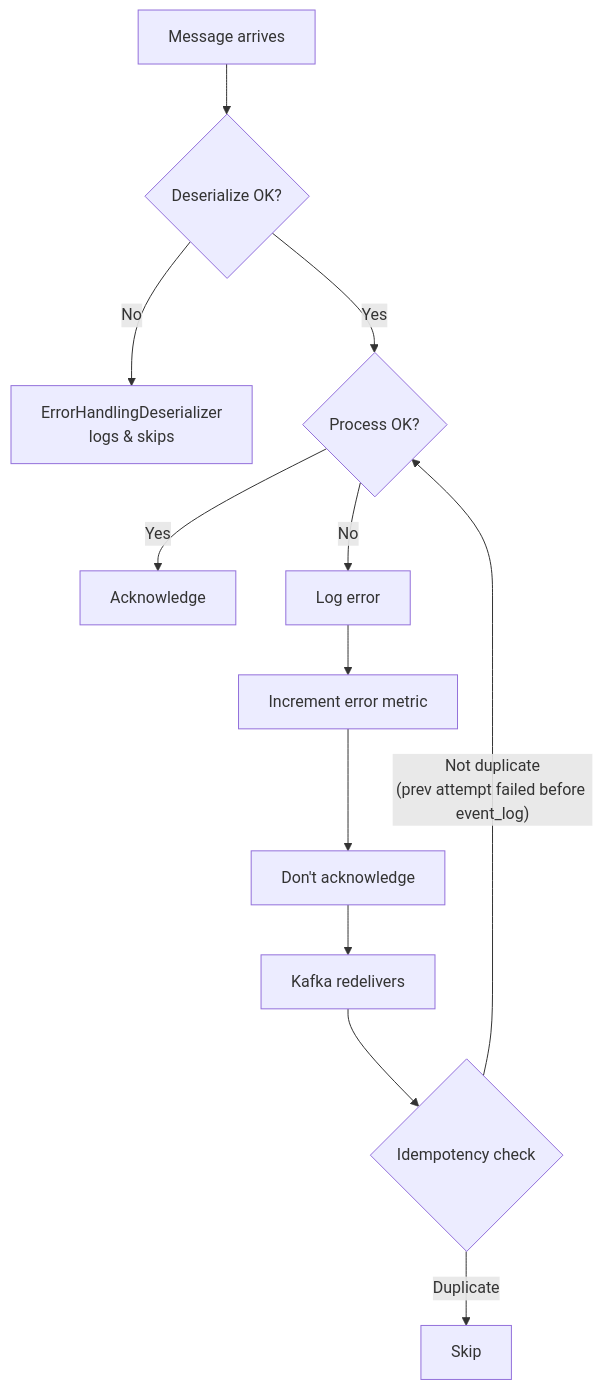
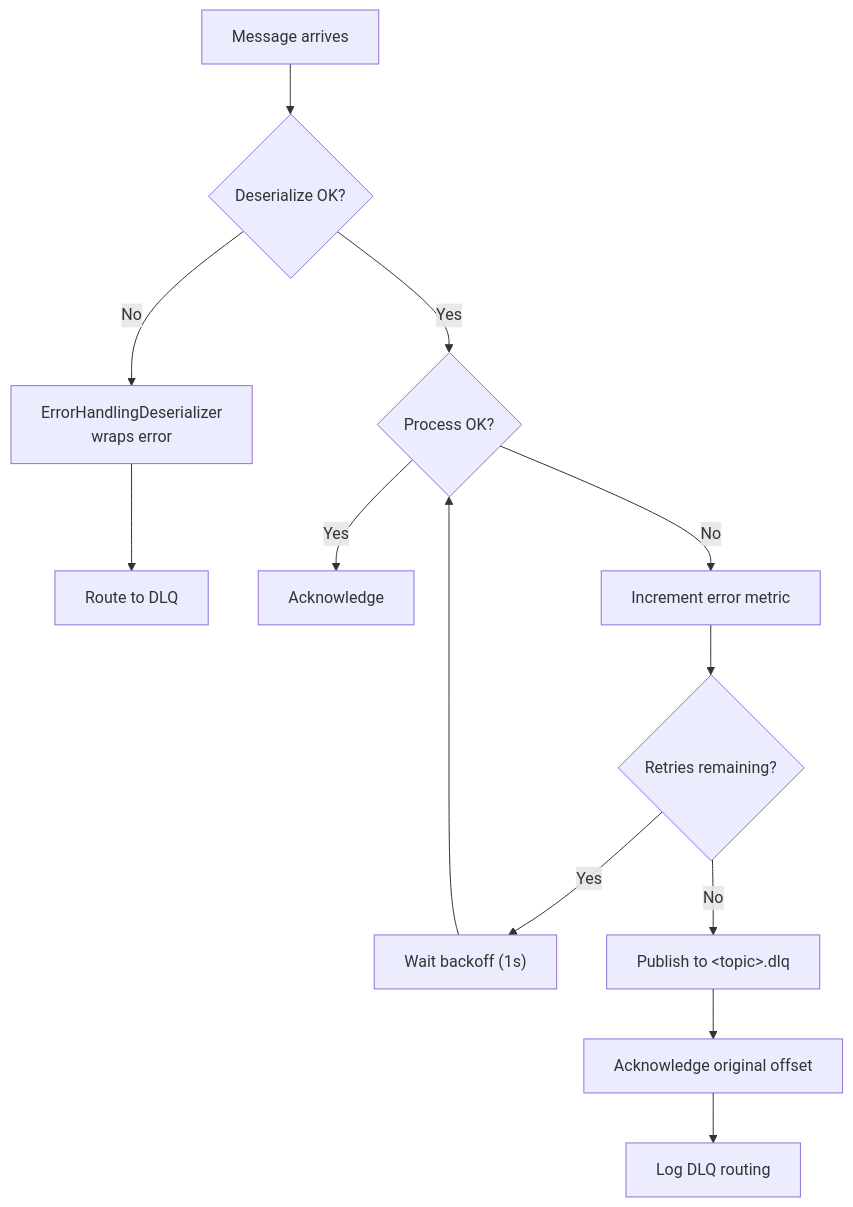
Before and after one commit to Jayaprakash8887/cce-compliance-service: the third of 3 diagrams in docs/kafka-events.md, drawn with Mermaid. The commit also changed other lines of this file and 11 other files, not shown here.

````diff
--- a/docs/kafka-events.md
+++ b/docs/kafka-events.md
@@ -363,14 +398,15 @@
 ```mermaid
 flowchart TD
     A["Message arrives"] --> B{"Deserialize OK?"}
-    B -->|"No"| C["ErrorHandlingDeserializer<br/>logs & skips"]
+    B -->|"No"| C["ErrorHandlingDeserializer<br/>wraps error"]
+    C --> DLQ_D["Route to DLQ"]
     B -->|"Yes"| D{"Process OK?"}
     D -->|"Yes"| E["Acknowledge"]
-    D -->|"No"| F["Log error"]
-    F --> G["Increment error metric"]
-    G --> H["Don't acknowledge"]
-    H --> I["Kafka redelivers"]
-    I --> J{"Idempotency check"}
-    J -->|"Duplicate"| K["Skip"]
-    J -->|"Not duplicate<br/>(prev attempt failed before event_log)"| D
+    D -->|"No"| F["Increment error metric"]
+    F --> G{"Retries remaining?"}
+    G -->|"Yes"| H["Wait backoff (1s)"]
+    H --> D
+    G -->|"No"| I["Publish to &lt;topic&gt;.dlq"]
+    I --> J["Acknowledge original offset"]
+    J --> K["Log DLQ routing"]
 ```
````
